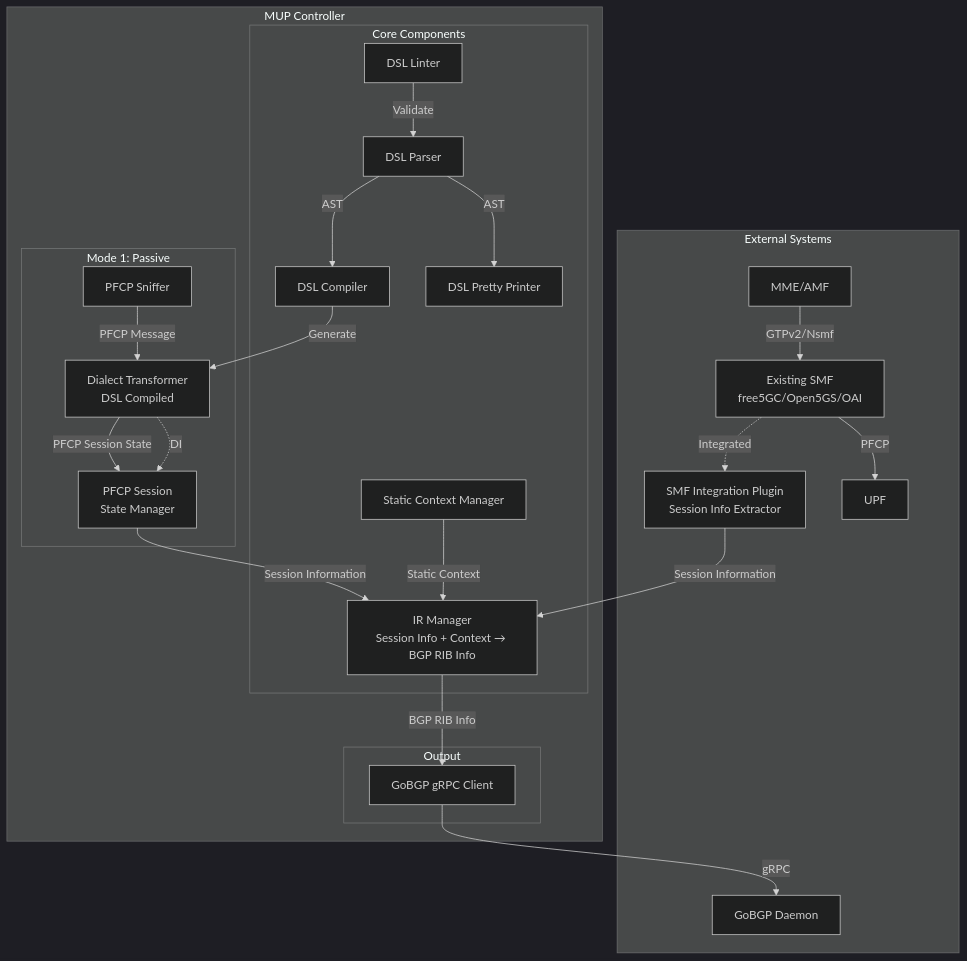
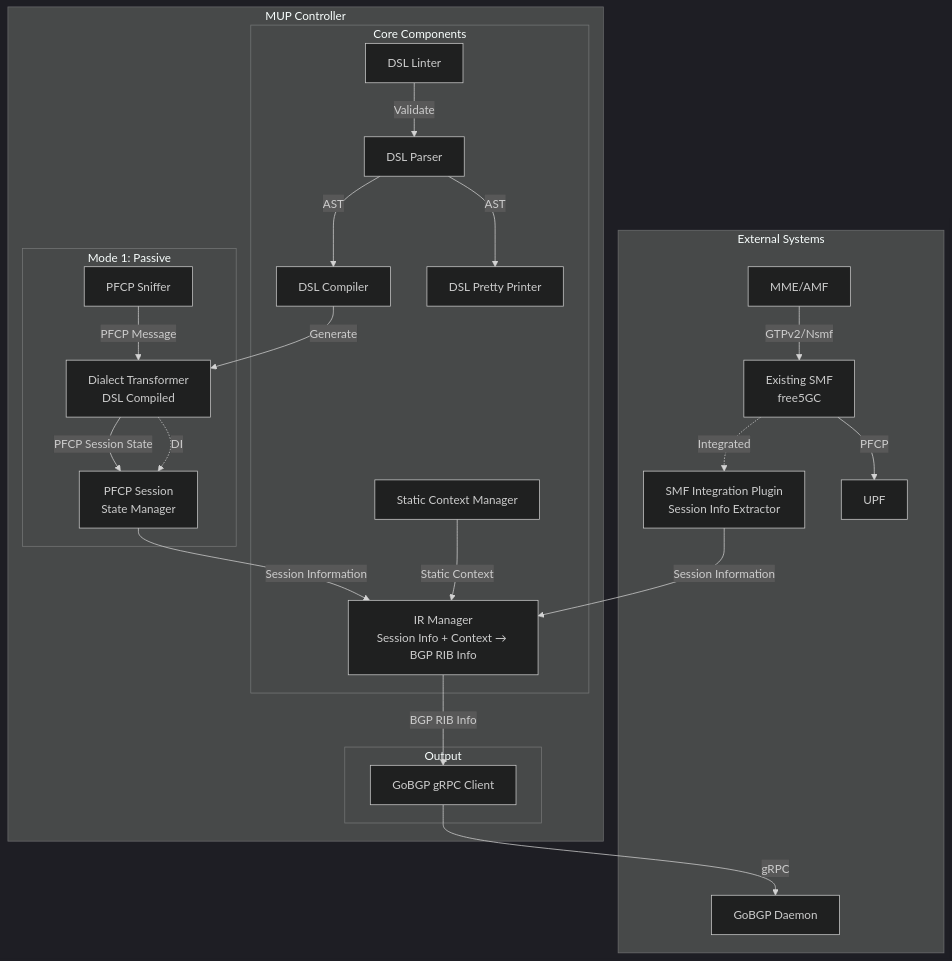
One commit to qooqle/mup-ribgen changed the first of 2 diagrams in .kiro/specs/srv6-mup-controller/design.md. Above: the diagram before and after it, drawn with Mermaid (dark theme). The commit also changed other lines of this file and 19 other files, not shown here.

First line of the commit message:
Implement Phase 5: Mode 2 free5GC SMF gRPC integration

````diff
--- a/.kiro/specs/srv6-mup-controller/design.md
+++ b/.kiro/specs/srv6-mup-controller/design.md
@@ -33,47 +33,47 @@
 ```mermaid
 graph TB
     subgraph "External Systems"
         MME[MME/AMF]
-        SMF[Existing SMF<br/>free5GC/Open5GS/OAI]
+        SMF[Existing SMF<br/>free5GC]
         Plugin[SMF Integration Plugin<br/>Session Info Extractor]
         UPF[UPF]
         GoBGP[GoBGP Daemon]
     end
 
     subgraph "MUP Controller"
         subgraph "Mode 1: Passive"
             Sniffer[PFCP Sniffer]
             Transformer[Dialect Transformer<br/>DSL Compiled]
             StateManager[PFCP Session<br/>State Manager]
         end
         
         subgraph "Core Components"
             DSLCompiler[DSL Compiler]
             DSLParser[DSL Parser]
             DSLPrinter[DSL Pretty Printer]
             DSLLinter[DSL Linter]
             IRManager[IR Manager<br/>Session Info + Context → BGP RIB Info]
             StaticCtx[Static Context Manager]
         end
         
         subgraph "Output"
             BGPClient[GoBGP gRPC Client]
         end
     end
 
     MME -->|GTPv2/Nsmf| SMF
     SMF -.->|Integrated| Plugin
     SMF -->|PFCP| UPF
     Plugin -->|Session Information| IRManager
     Sniffer -->|PFCP Message| Transformer
     Transformer -->|PFCP Session State| StateManager
     StateManager -->|Session Information| IRManager
     IRManager -->|BGP RIB Info| BGPClient
     StaticCtx -->|Static Context| IRManager
     BGPClient -->|gRPC| GoBGP
     DSLCompiler -->|Generate| Transformer
     DSLParser -->|AST| DSLCompiler
     DSLParser -->|AST| DSLPrinter
     DSLLinter -->|Validate| DSLParser
     Transformer -.->|DI| StateManager
 ```
````
